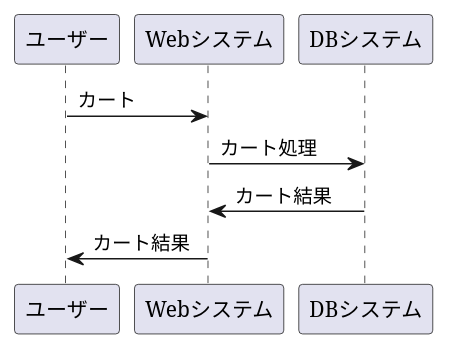
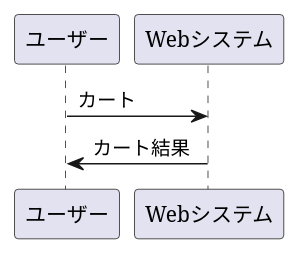
The fourth of 4 diagrams in flow1.md (Aso2001221/20121sys-design), drawn with PlantUML before and after one commit.

````diff
--- a/flow1.md
+++ b/flow1.md
@@ -28,8 +28,6 @@
 ```uml
 @startuml
 ユーザー -> Webシステム :カート
-Webシステム -> DBシステム :カート処理
-Webシステム <- DBシステム :カート結果
 ユーザー <- Webシステム :カート結果
 @enduml
 ```
````
